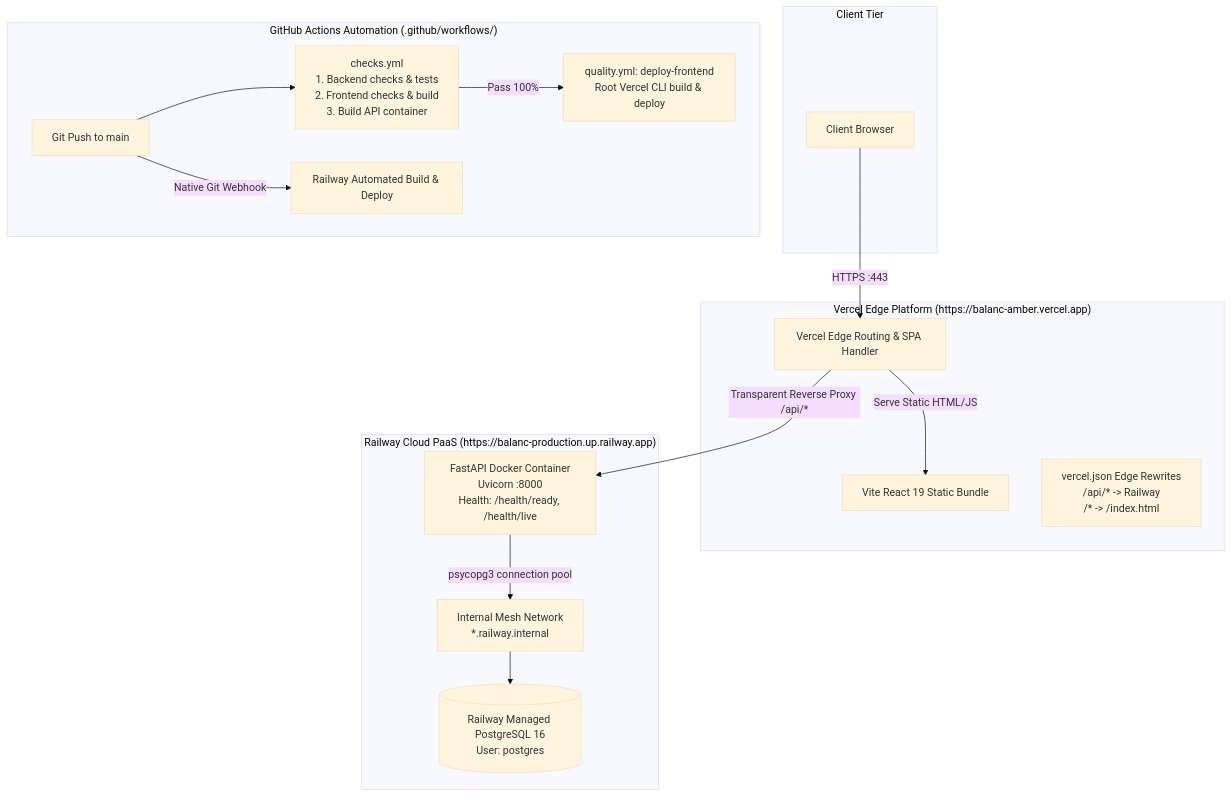
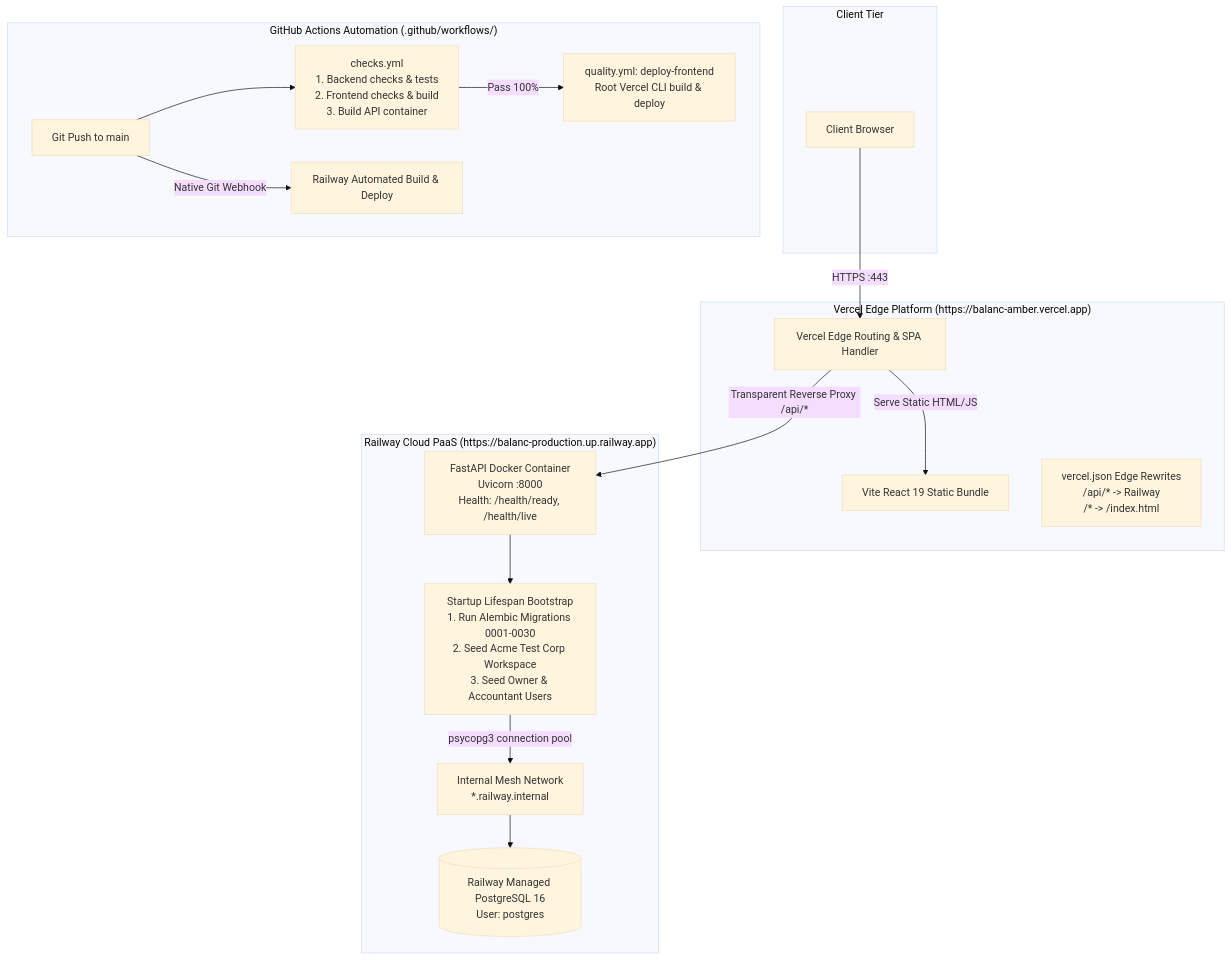
Before and after one commit to muhammadabdullahattari/Balanc: the diagram in docs/Deployment_and_CI_CD_Implementation_Record.md, drawn with Mermaid (base theme). The commit also changed other lines of this file, not shown here.

Commit message:
docs: document startup database bootstrap, seeding, and Vercel Config setting

````diff
--- a/docs/Deployment_and_CI_CD_Implementation_Record.md
+++ b/docs/Deployment_and_CI_CD_Implementation_Record.md
@@ -17,30 +18,32 @@
 ```mermaid
 flowchart TD
     subgraph Client ["Client Tier"]
         Browser[Client Browser]
     end
 
     subgraph VercelEdge ["Vercel Edge Platform (https://balanc-amber.vercel.app)"]
         EdgeProxy[Vercel Edge Routing & SPA Handler]
         StaticAssets[Vite React 19 Static Bundle]
         VercelJSON["vercel.json Edge Rewrites\n/api/* -> Railway\n/* -> /index.html"]
     end
 
     subgraph RailwayPaaS ["Railway Cloud PaaS (https://balanc-production.up.railway.app)"]
         FastAPI[FastAPI Docker Container\nUvicorn :8000\nHealth: /health/ready, /health/live]
+        Bootstrap[Startup Lifespan Bootstrap\n1. Run Alembic Migrations 0001-0030\n2. Seed Acme Test Corp Workspace\n3. Seed Owner & Accountant Users]
         RailwayMesh[Internal Mesh Network\n*.railway.internal]
         ManagedPG[(Railway Managed PostgreSQL 16\nUser: postgres)]
     end
 
     subgraph CICD ["GitHub Actions Automation (.github/workflows/)"]
         Push[Git Push to main] --> Checks[checks.yml\n1. Backend checks & tests\n2. Frontend checks & build\n3. Build API container]
         Checks -->|Pass 100%| VercelDeploy[quality.yml: deploy-frontend\nRoot Vercel CLI build & deploy]
         Push -->|Native Git Webhook| RailwayAutoDeploy[Railway Automated Build & Deploy]
     end
 
     Browser -->|HTTPS :443| EdgeProxy
     EdgeProxy -->|Serve Static HTML/JS| StaticAssets
     EdgeProxy -->|Transparent Reverse Proxy /api/*| FastAPI
-    FastAPI -->|psycopg3 connection pool| RailwayMesh
+    FastAPI --> Bootstrap
+    Bootstrap -->|psycopg3 connection pool| RailwayMesh
     RailwayMesh --> ManagedPG
 ```
````
